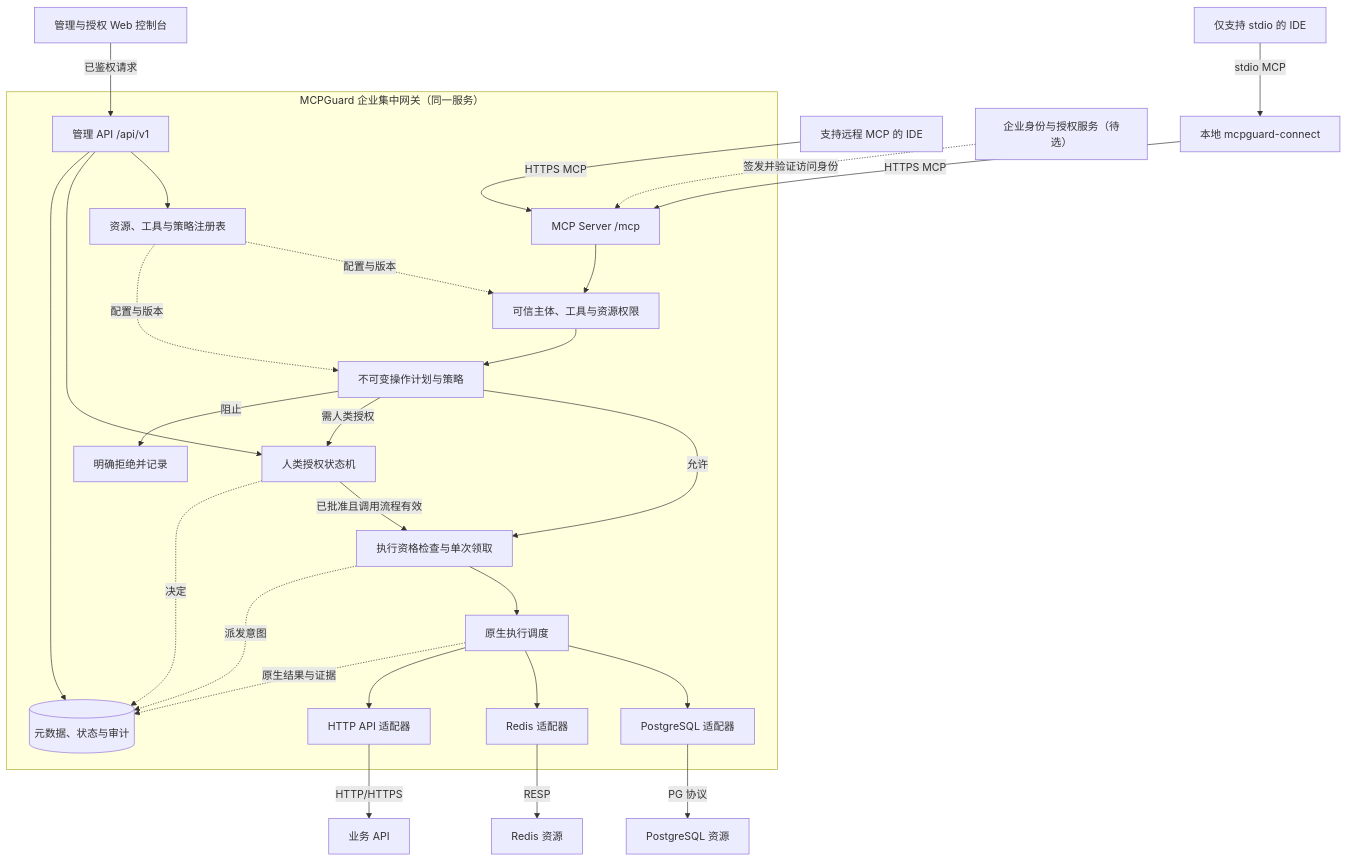
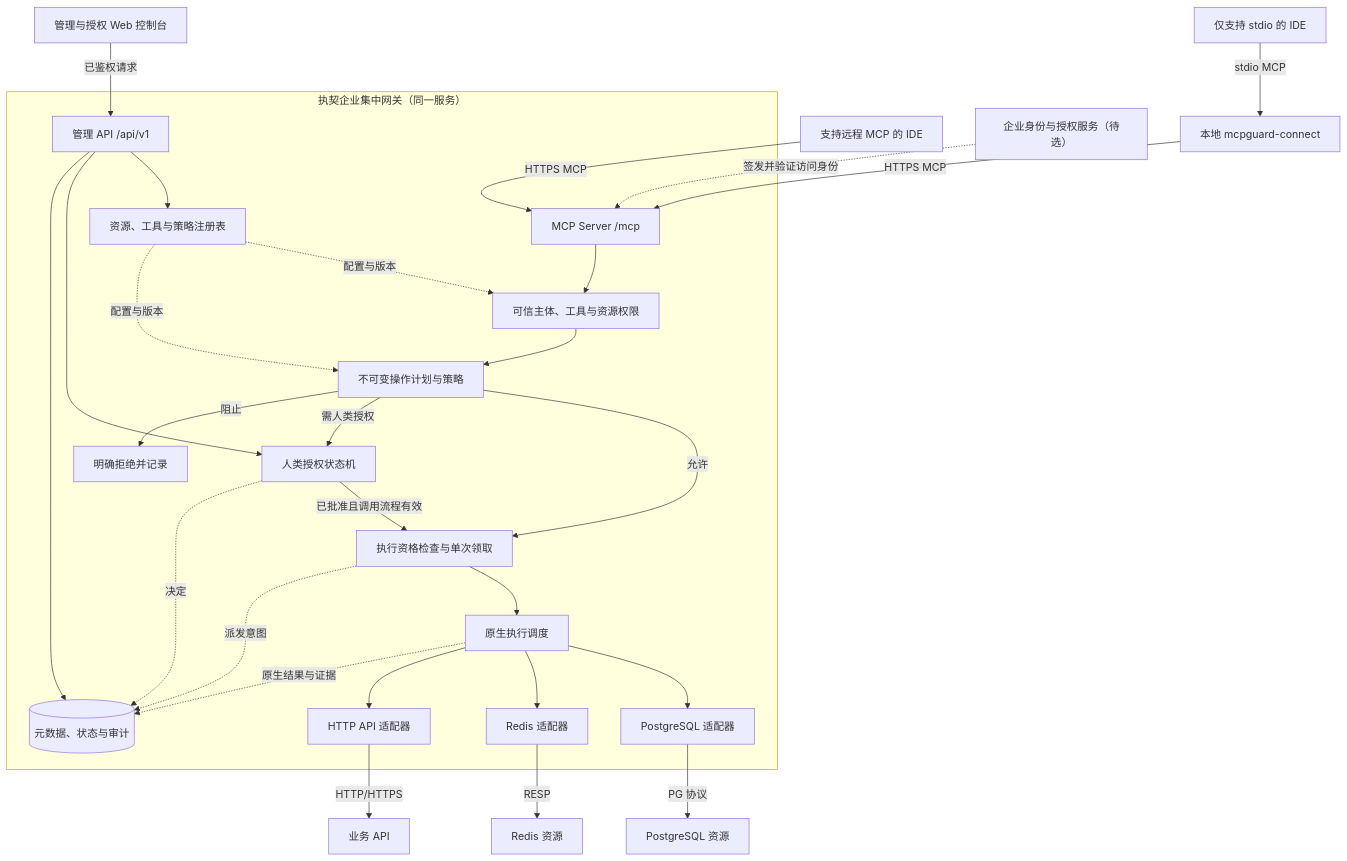
Before and after one commit to xielforever/MCPGuard: the first of 2 diagrams in docs/mvp-design-discussion.md, drawn with Mermaid. The commit also changed other lines of this file and 68 other files, not shown here.

````diff
--- a/docs/mvp-design-discussion.md
+++ b/docs/mvp-design-discussion.md
@@ -30,33 +30,33 @@
 ```mermaid
 flowchart TB
     RemoteIDE["支持远程 MCP 的 IDE"] -->|HTTPS MCP| MCP
     LocalIDE["仅支持 stdio 的 IDE"] -->|stdio MCP| Connector["本地 mcpguard-connect"]
     Connector -->|HTTPS MCP| MCP
     IdP["企业身份与授权服务（待选）"] -. 签发并验证访问身份 .-> MCP
 
-    subgraph Gateway["MCPGuard 企业集中网关（同一服务）"]
+    subgraph Gateway["执契企业集中网关（同一服务）"]
         MCP["MCP Server /mcp"] --> Access["可信主体、工具与资源权限"]
         Access --> Plan["不可变操作计划与策略"]
         Plan -->|允许| Gate["执行资格检查与单次领取"]
         Plan -->|需人类授权| Approval["人类授权状态机"]
         Plan -->|阻止| Denied["明确拒绝并记录"]
         Approval -->|已批准且调用流程有效| Gate
         Gate --> Native["原生执行调度"]
         Native --> PG["PostgreSQL 适配器"]
         Native --> Redis["Redis 适配器"]
         Native --> API["HTTP API 适配器"]
         Registry["资源、工具与策略注册表"] -. 配置与版本 .-> Access
         Registry -. 配置与版本 .-> Plan
         Approval -. 决定 .-> State[("元数据、状态与审计")]
         Gate -. 派发意图 .-> State
         Native -. 原生结果与证据 .-> State
         Admin["管理 API /api/v1"] --> Registry
         Admin --> Approval
         Admin --> State
     end
 
     PG -->|PG 协议| PGService["PostgreSQL 资源"]
     Redis -->|RESP| RedisService["Redis 资源"]
     API -->|HTTP/HTTPS| APIService["业务 API"]
     Console["管理与授权 Web 控制台"] -->|已鉴权请求| Admin
 ```
````
